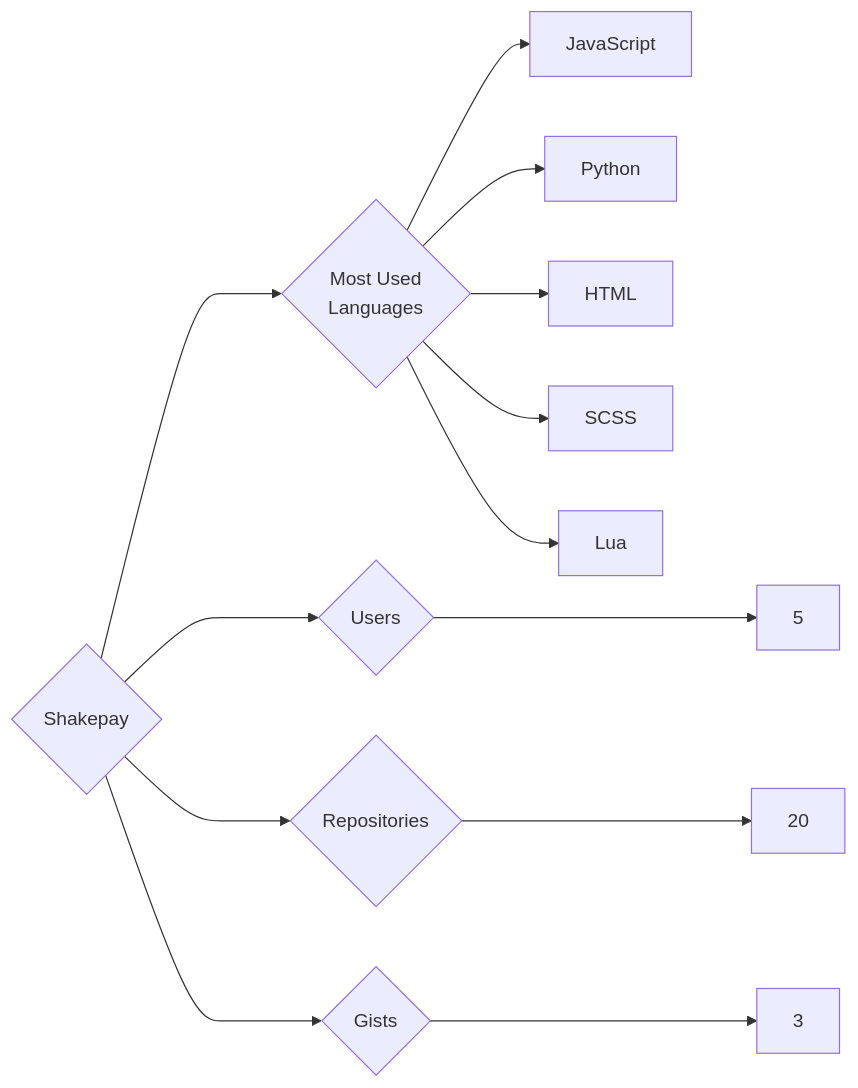
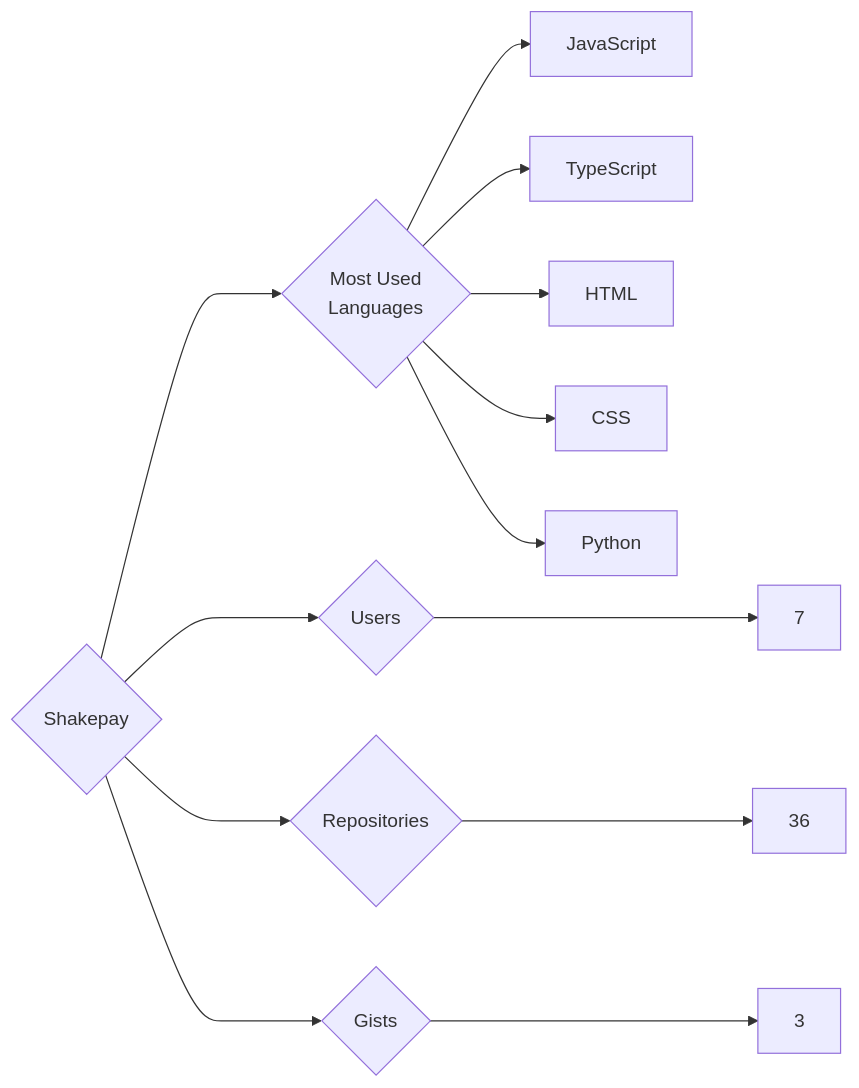
Before and after one commit to trickest/insiders: the diagram in targets/Shakepay/README.md, drawn with Mermaid. The commit also changed 920 other files, not shown here.

````diff
--- a/targets/Shakepay/README.md
+++ b/targets/Shakepay/README.md
@@ -3,13 +3,13 @@
 ```mermaid
 graph LR
 COMPANY_NAME{Shakepay}
-COMPANY_NAME ---> U{Users} ---> UN[5]
-COMPANY_NAME ---> R{Repositories} ---> RN[20]
+COMPANY_NAME ---> U{Users} ---> UN[7]
+COMPANY_NAME ---> R{Repositories} ---> RN[36]
 COMPANY_NAME ---> G{Gists} ---> GN[3]
 COMPANY_NAME ---> ML{Most Used<br>Languages}
 ML --> JavaScript[JavaScript]
+ML --> TypeScript[TypeScript]
+ML --> HTML[HTML]
+ML --> CSS[CSS]
 ML --> Python[Python]
-ML --> HTML[HTML]
-ML --> SCSS[SCSS]
-ML --> Lua[Lua]
 ```
````
